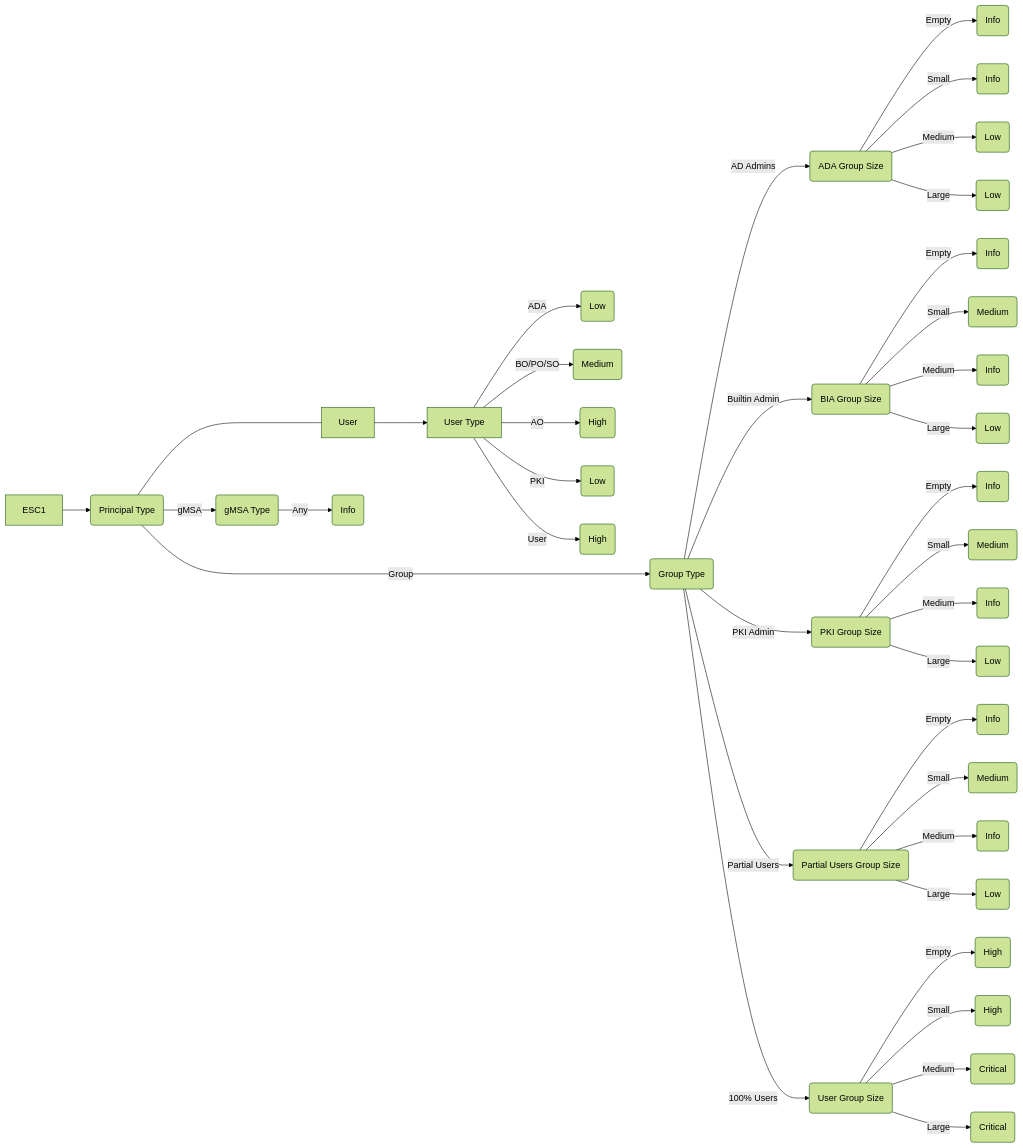
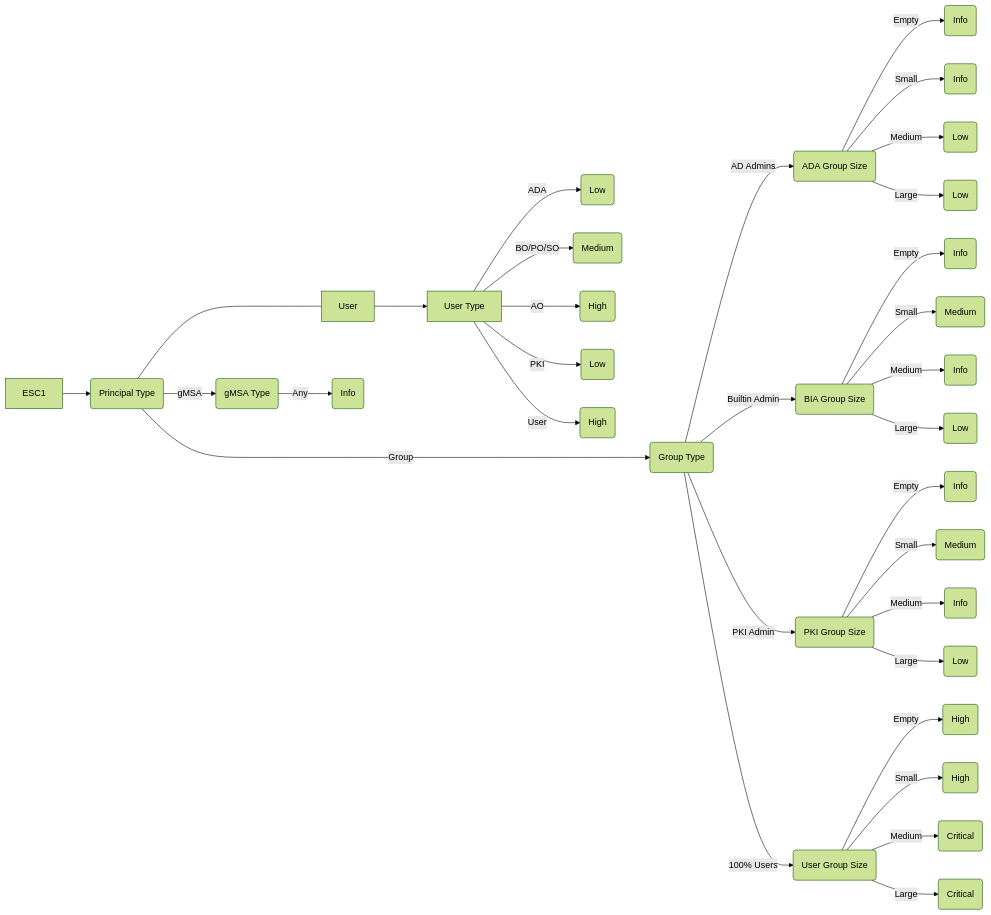
The diagram in Graphics/ESC1.md (TrimarcJake/Locksmith), drawn with Mermaid (forest theme) before and after one commit.

Commit message:
Removed Partial Users Group

````diff
--- a/Graphics/ESC1.md
+++ b/Graphics/ESC1.md
@@ -1,38 +1,33 @@
 ```mermaid
 flowchart LR
     ESC1 --> PrincipalType(Principal Type);
         PrincipalType ---- User --> UserType["User Type"];
             UserType -- ADA --> ADAUPriority(Low);
             UserType -- BO/PO/SO --> BIAUPriority(Medium);
             UserType -- AO --> AOUPriority(High);
             UserType -- PKI --> PKIAUPriority(Low);
             UserType -- User --> UserPriority(High);
     PrincipalType ------>|Group| GroupType("Group Type");
             GroupType -- AD Admins --> ADASize(ADA Group Size);
                 ADASize -- Empty --> ADAEGPriority(Info);
                 ADASize -- Small --> ADASGPriority(Info);
                 ADASize -- Medium --> ADAMGPriority(Low);
                 ADASize -- Large --> ADALGPriority(Low);
             GroupType -- Builtin Admin --> BIASize(BIA Group Size);
                 BIASize -- Empty --> BIAEGPriority(Info);
                 BIASize -- Small --> BIASGPriority(Medium);
                 BIASize -- Medium --> BIAMGPriority(Info);
                 BIASize -- Large --> BIALGPriority(Low);
             GroupType -- PKI Admin --> PKIASize(PKI Group Size);
                 PKIASize -- Empty --> PKIAEGPriority(Info);
                 PKIASize -- Small --> PKIASGPriority(Medium);
                 PKIASize -- Medium --> PKIAMGPriority(Info);
                 PKIASize -- Large --> PKIALGPriority(Low);
-            GroupType -- Partial Users --> SomeUsersSize(Partial Users Group Size);
-                SomeUsersSize -- Empty --> SomeUsersEGPriority(Info);
-                SomeUsersSize -- Small --> SomeUsersSGPriority(Medium);
-                SomeUsersSize -- Medium --> SomeUsersMGPriority(Info);
-                SomeUsersSize -- Large --> SomeUsersLGPriority(Low);
             GroupType -- 100% Users --> UsersSize(User Group Size);
                 UsersSize -- Empty --> UsersEGPriority(High);
                 UsersSize -- Small --> UsersSGPriority(High);
                 UsersSize -- Medium --> UsersMGPriority(Critical);
                 UsersSize -- Large --> UsersLGPriority(Critical);
     PrincipalType -- gMSA --> gMSAType(gMSA Type);
             gMSAType -- Any --> gMSAPriority(Info);
 ```
````
